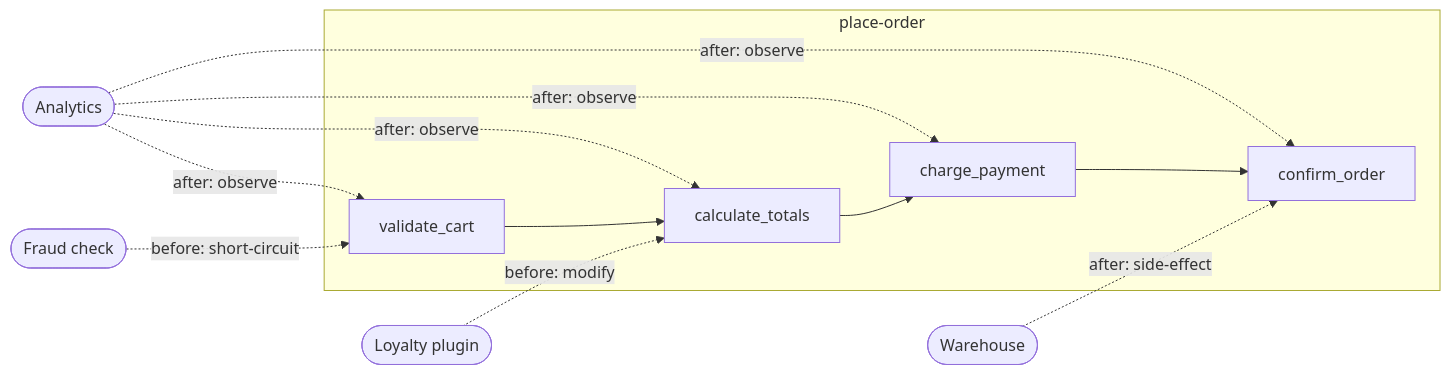
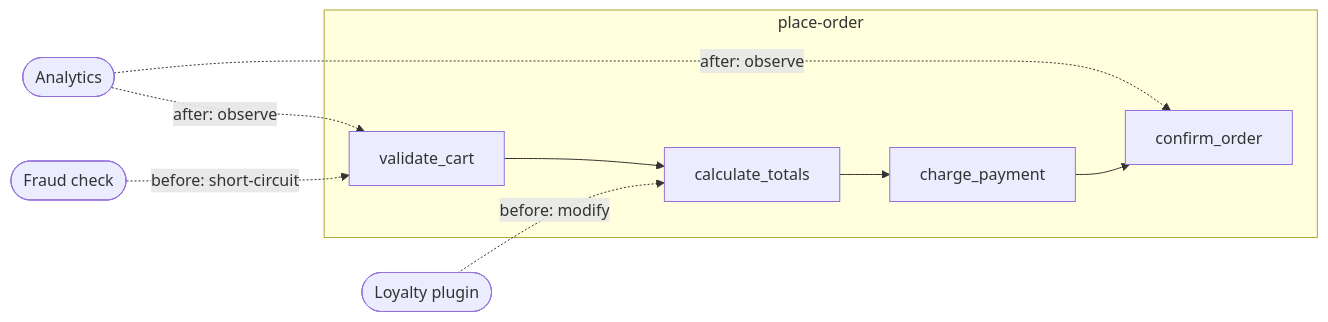
The diagram in projects/landing/cards/feature-first-structured.md (epatel/vps-ai), drawn with Mermaid before and after one commit. The commit also changed other lines of this file and 2 other files, not shown here.

````diff
--- a/projects/landing/cards/feature-first-structured.md
+++ b/projects/landing/cards/feature-first-structured.md
@@ -111,16 +81,13 @@
 ```mermaid
 graph LR
   subgraph "place-order"
     A["validate_cart"] --> B["calculate_totals"]
     B --> C["charge_payment"]
     C --> D["confirm_order"]
   end
 
   E(["Fraud check"]) -.->|before: short-circuit| A
   F(["Loyalty plugin"]) -.->|before: modify| B
   G(["Analytics"]) -.->|after: observe| A
-  G -.->|after: observe| B
-  G -.->|after: observe| C
   G -.->|after: observe| D
-  H(["Warehouse"]) -.->|after: side-effect| D
 ```
````
